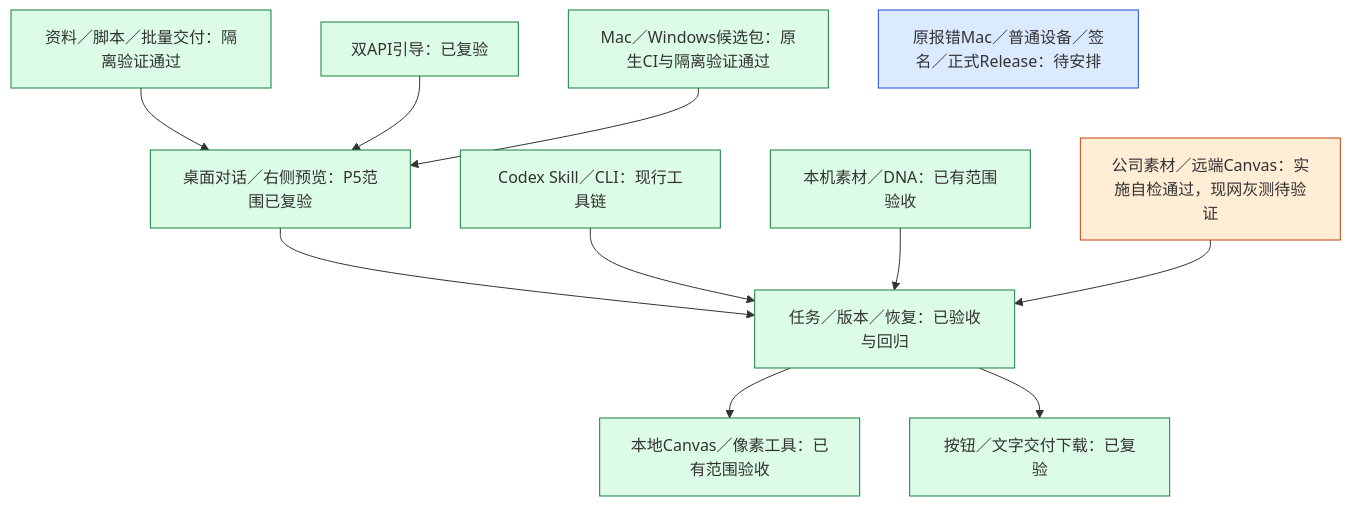
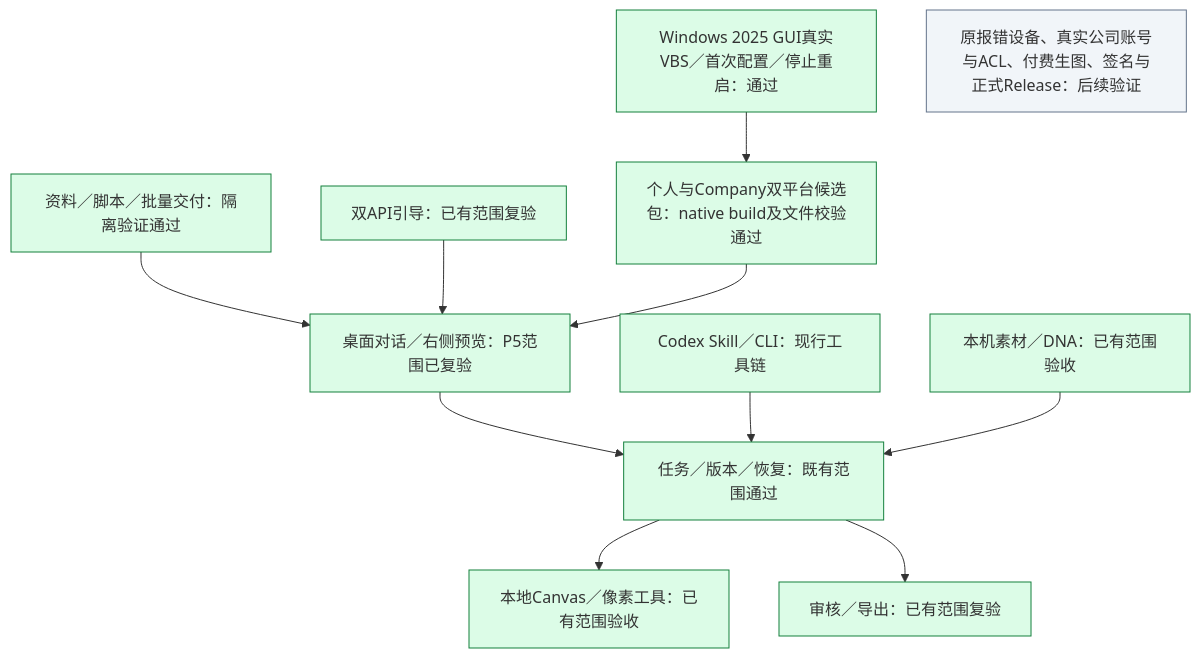
One commit to akechi0819-lgtm/creative-Agent-studio changed the second of 2 diagrams in docs/工程进度.md. Above: the diagram before and after it, drawn with Mermaid. The commit also changed other lines of this file and 3 other files, not shown here.

Commit message:
Publish repaired bundles and Windows user-flow evidence

````diff
--- a/docs/工程进度.md
+++ b/docs/工程进度.md
@@ -34,19 +39,19 @@
 ```mermaid
 flowchart TB
-    WEB["桌面对话／右侧预览：P5范围已复验"] --> CORE["任务／版本／恢复：已验收与回归"]
+    WEB["桌面对话／右侧预览：P5范围已复验"] --> CORE["任务／版本／恢复：既有范围通过"]
     CLI["Codex Skill／CLI：现行工具链"] --> CORE
     LIB["本机素材／DNA：已有范围验收"] --> CORE
     TOOLS["资料／脚本／批量交付：隔离验证通过"] --> WEB
-    GUIDE["双API引导：已复验"] --> WEB
+    GUIDE["双API引导：已有范围复验"] --> WEB
     CORE --> CANVAS["本地Canvas／像素工具：已有范围验收"]
-    CORE --> EXPORT["按钮／文字交付下载：已复验"]
-    DIST["Mac／Windows候选包：原生CI与隔离验证通过"] --> WEB
-    COMPANY["公司素材／远端Canvas：实施自检通过，现网灰测待验证"] --> CORE
-    NEXT["原报错Mac／普通设备／签名／正式Release：待安排"]
+    CORE --> EXPORT["审核／导出：已有范围复验"]
+    DIST["个人与Company双平台候选包：native build及文件校验通过"] --> WEB
+    WIN["Windows 2025 GUI真实VBS／首次配置／停止重启：通过"] --> DIST
+    NEXT["原报错设备、真实公司账号与ACL、付费生图、签名与正式Release：后续验证"]
     classDef done fill:#dcfce7,stroke:#15803d;
     classDef current fill:#ffedd5,stroke:#c2410c;
-    classDef next fill:#dbeafe,stroke:#1d4ed8;
+    classDef later fill:#f1f5f9,stroke:#64748b;
     class WEB,CLI,LIB,TOOLS,GUIDE,CORE,CANVAS,EXPORT,DIST done;
-    class COMPANY current;
-    class NEXT next;
+    class WIN done;
+    class NEXT later;
 ```
````
